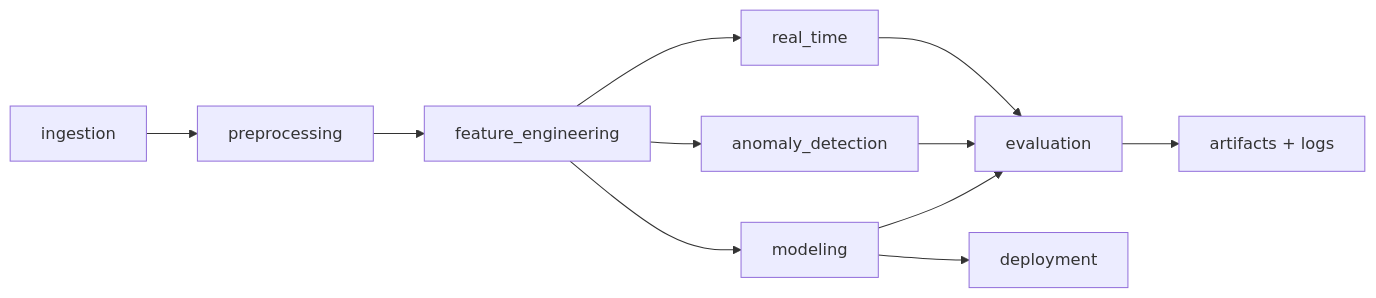
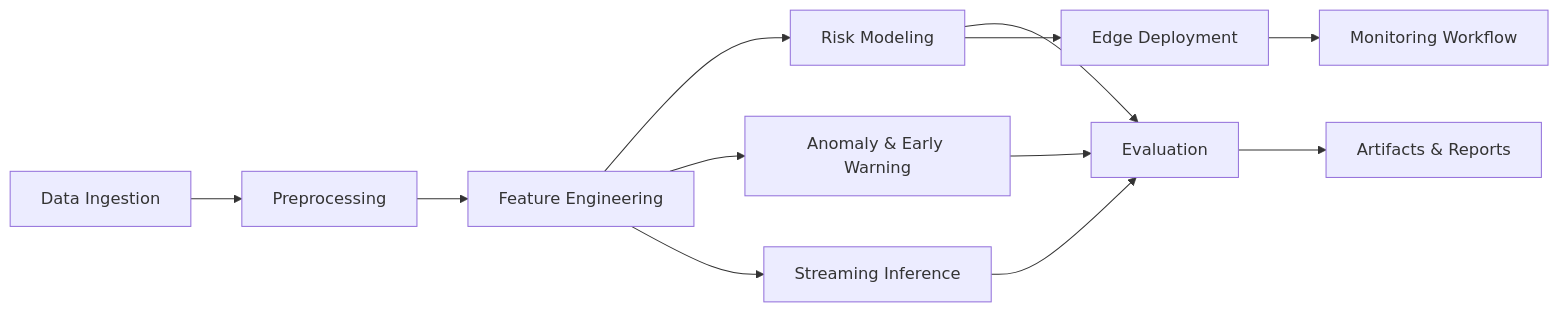
One commit to RaviTejaMedarametla/data-analysis-for-hospitals changed the diagram in README.md. Above: the diagram before and after it, drawn with Mermaid. The commit also changed other lines of this file and 29 other files, not shown here.

Commit message:
Reframe project as healthcare edge AI early-warning system

````diff
--- a/README.md
+++ b/README.md
@@ -7,13 +16,14 @@
 ```mermaid
 flowchart LR
-    A[ingestion] --> B[preprocessing]
-    B --> C[feature_engineering]
-    C --> D[modeling]
-    C --> E[anomaly_detection]
-    C --> F[real_time]
-    D --> G[evaluation]
+    A[Data Ingestion] --> B[Preprocessing]
+    B --> C[Feature Engineering]
+    C --> D[Risk Modeling]
+    C --> E[Anomaly & Early Warning]
+    C --> F[Streaming Inference]
+    D --> G[Evaluation]
     E --> G
     F --> G
-    D --> H[deployment]
-    G --> I[artifacts + logs]
+    D --> H[Edge Deployment]
+    H --> I[Monitoring Workflow]
+    G --> J[Artifacts & Reports]
 ```
````
